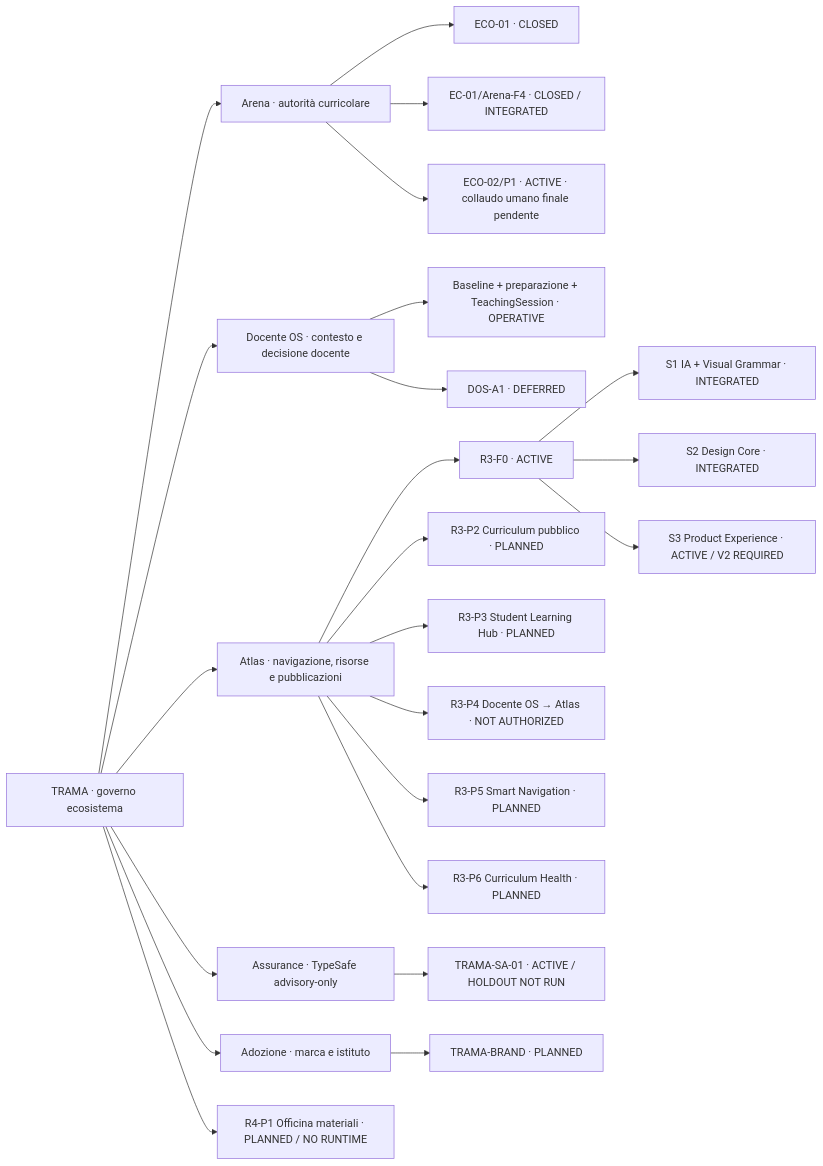
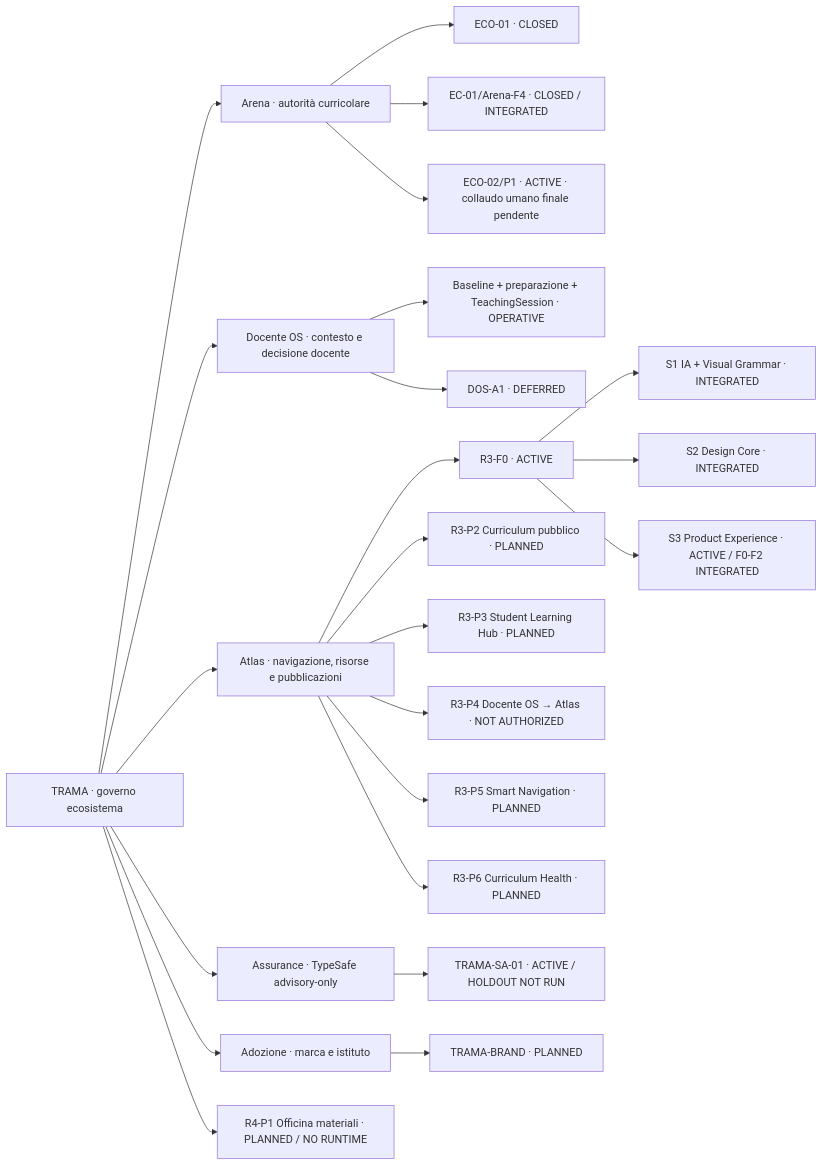
The diagram in STATUS.md (antoniocorsano-boop/trama-ecosistema), drawn with Mermaid before and after one commit. The commit also changed other lines of this file, not shown here.

Commit message:
docs: record Atlas F0-F2 integrated status

````diff
--- a/STATUS.md
+++ b/STATUS.md
@@ -8,31 +8,31 @@
 ```mermaid
 flowchart LR
   TRAMA["TRAMA · governo ecosistema"]
 
   TRAMA --> ARENA["Arena · autorità curricolare"]
   TRAMA --> DOS["Docente OS · contesto e decisione docente"]
   TRAMA --> ATLAS["Atlas · navigazione, risorse e pubblicazioni"]
   TRAMA --> ASSURANCE["Assurance · TypeSafe advisory-only"]
   TRAMA --> BRAND["Adozione · marca e istituto"]
 
   ARENA --> ECO01["ECO-01 · CLOSED"]
   ARENA --> ECF4["EC-01/Arena-F4 · CLOSED / INTEGRATED"]
   ARENA --> ECO02["ECO-02/P1 · ACTIVE · collaudo umano finale pendente"]
 
   DOS --> DOSBASE["Baseline + preparazione + TeachingSession · OPERATIVE"]
   DOS --> DOSA1["DOS-A1 · DEFERRED"]
 
   ATLAS --> R3F0["R3-F0 · ACTIVE"]
   R3F0 --> S1["S1 IA + Visual Grammar · INTEGRATED"]
   R3F0 --> S2["S2 Design Core · INTEGRATED"]
-  R3F0 --> S3["S3 Product Experience · ACTIVE / V2 REQUIRED"]
+  R3F0 --> S3["S3 Product Experience · ACTIVE / F0-F2 INTEGRATED"]
   ATLAS --> R3P2["R3-P2 Curriculum pubblico · PLANNED"]
   ATLAS --> R3P3["R3-P3 Student Learning Hub · PLANNED"]
   ATLAS --> R3P4["R3-P4 Docente OS → Atlas · NOT AUTHORIZED"]
   ATLAS --> R3P5["R3-P5 Smart Navigation · PLANNED"]
   ATLAS --> R3P6["R3-P6 Curriculum Health · PLANNED"]
 
   TRAMA --> R4P1["R4-P1 Officina materiali · PLANNED / NO RUNTIME"]
   ASSURANCE --> TSA["TRAMA-SA-01 · ACTIVE / HOLDOUT NOT RUN"]
   BRAND --> TB["TRAMA-BRAND · PLANNED"]
 ```
````
